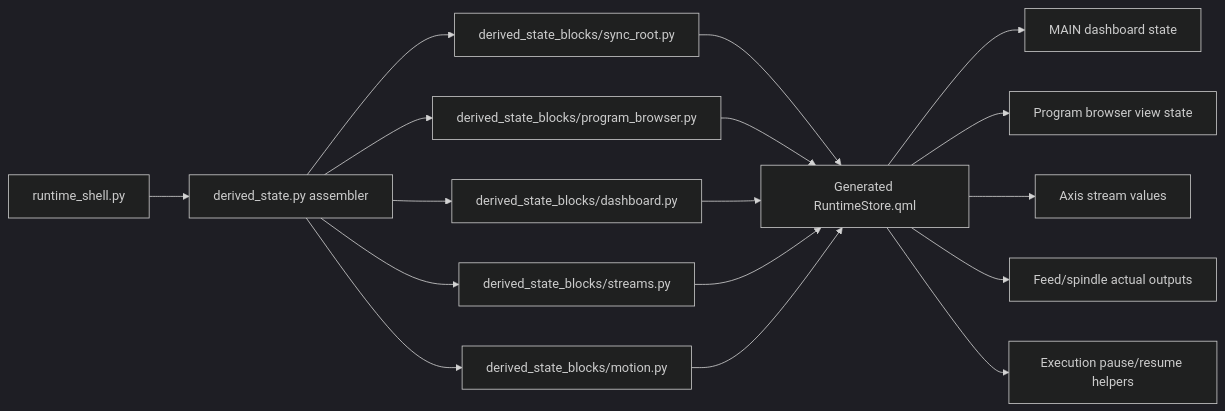
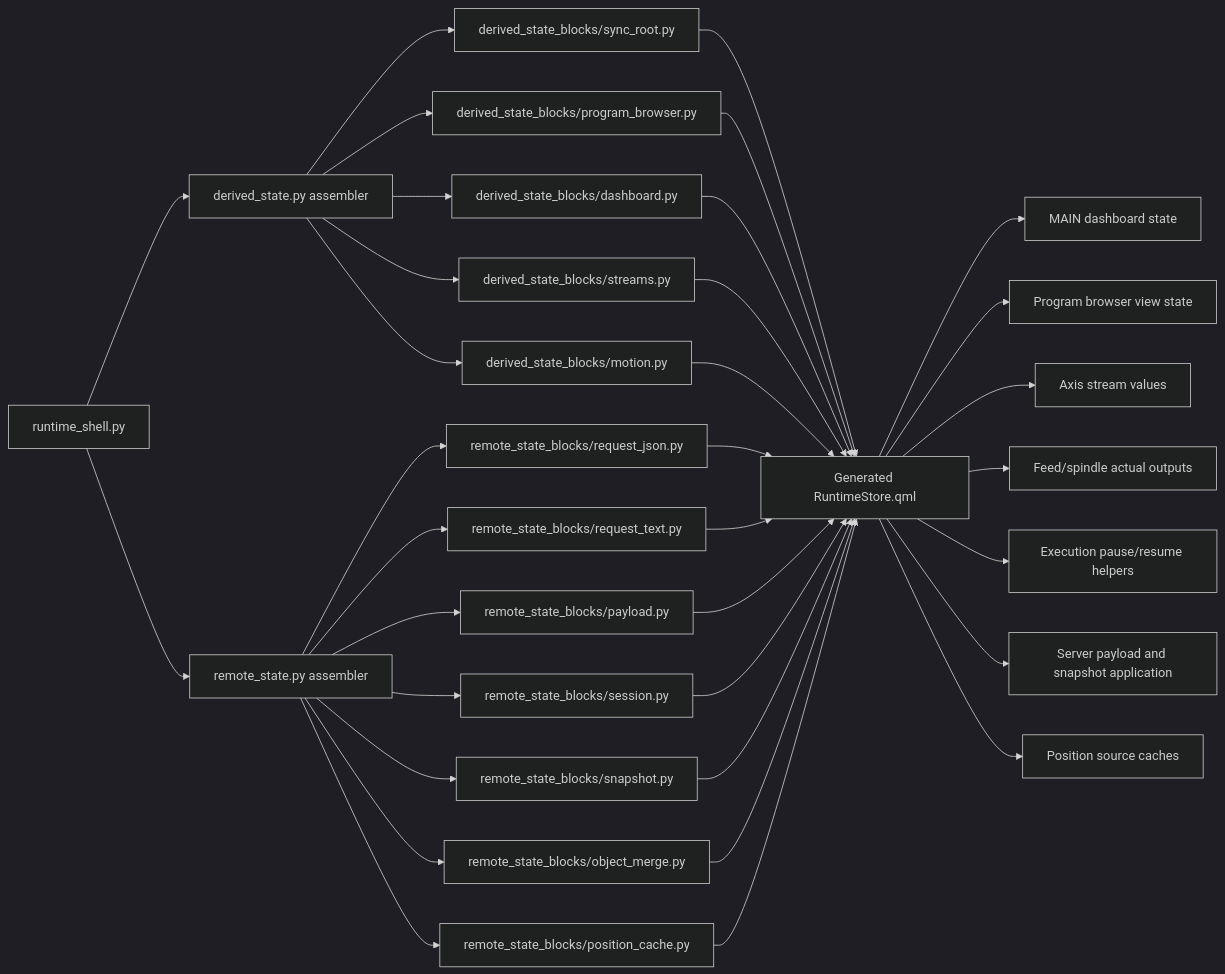
Before and after one commit to luppiterw/metanc_hmi_dsl_reports: the diagram in 2026-05-10-codex-session/architecture-diagram.md, drawn with Mermaid (dark theme). The commit also changed 14 other files, not shown here.

````diff
--- a/2026-05-10-codex-session/architecture-diagram.md
+++ b/2026-05-10-codex-session/architecture-diagram.md
@@ -3,21 +3,38 @@
 ```mermaid
 flowchart LR
     Shell[runtime_shell.py] --> Derived[derived_state.py assembler]
+    Shell --> Remote[remote_state.py assembler]
     Derived --> SyncRoot[derived_state_blocks/sync_root.py]
     Derived --> Browser[derived_state_blocks/program_browser.py]
     Derived --> Dashboard[derived_state_blocks/dashboard.py]
     Derived --> Streams[derived_state_blocks/streams.py]
     Derived --> Motion[derived_state_blocks/motion.py]
+    Remote --> RequestJson[remote_state_blocks/request_json.py]
+    Remote --> RequestText[remote_state_blocks/request_text.py]
+    Remote --> Payload[remote_state_blocks/payload.py]
+    Remote --> Session[remote_state_blocks/session.py]
+    Remote --> Snapshot[remote_state_blocks/snapshot.py]
+    Remote --> Merge[remote_state_blocks/object_merge.py]
+    Remote --> PositionCache[remote_state_blocks/position_cache.py]
 
     SyncRoot --> RuntimeStore[Generated RuntimeStore.qml]
     Browser --> RuntimeStore
     Dashboard --> RuntimeStore
     Streams --> RuntimeStore
     Motion --> RuntimeStore
+    RequestJson --> RuntimeStore
+    RequestText --> RuntimeStore
+    Payload --> RuntimeStore
+    Session --> RuntimeStore
+    Snapshot --> RuntimeStore
+    Merge --> RuntimeStore
+    PositionCache --> RuntimeStore
 
     RuntimeStore --> Main[MAIN dashboard state]
     RuntimeStore --> ProgramDir[Program browser view state]
     RuntimeStore --> AxisStream[Axis stream values]
     RuntimeStore --> MotionOutputs[Feed/spindle actual outputs]
     RuntimeStore --> ExecutionControl[Execution pause/resume helpers]
+    RuntimeStore --> ServerPayload[Server payload and snapshot application]
+    RuntimeStore --> PositionSources[Position source caches]
 ```
````
